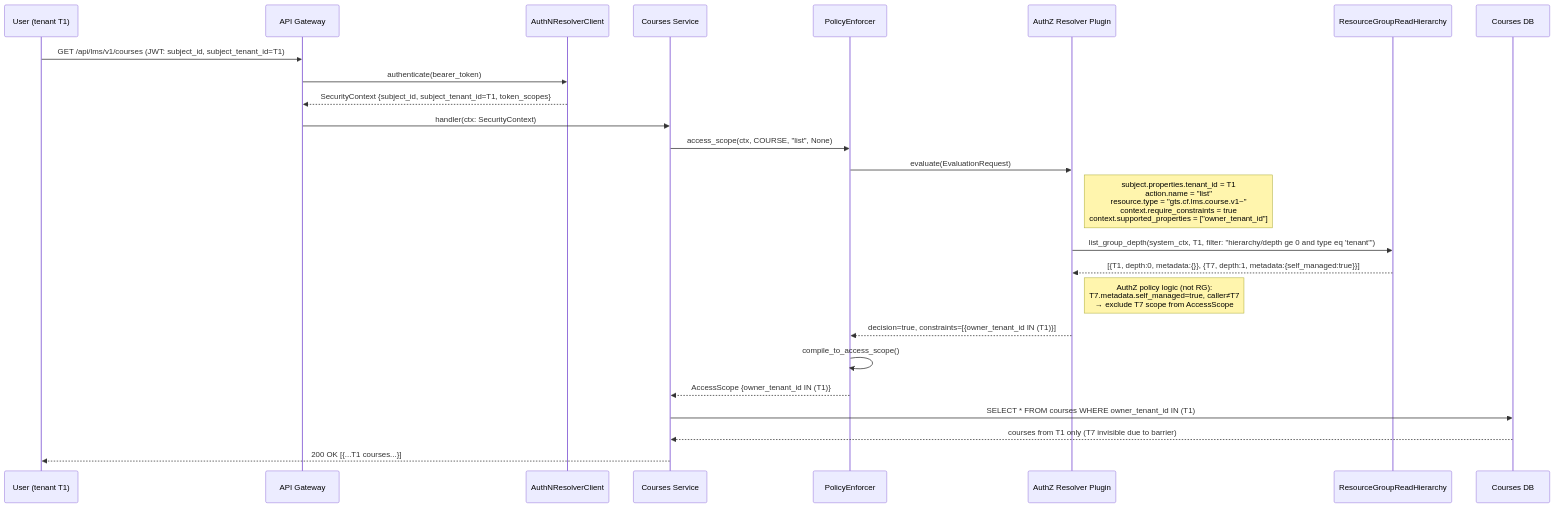
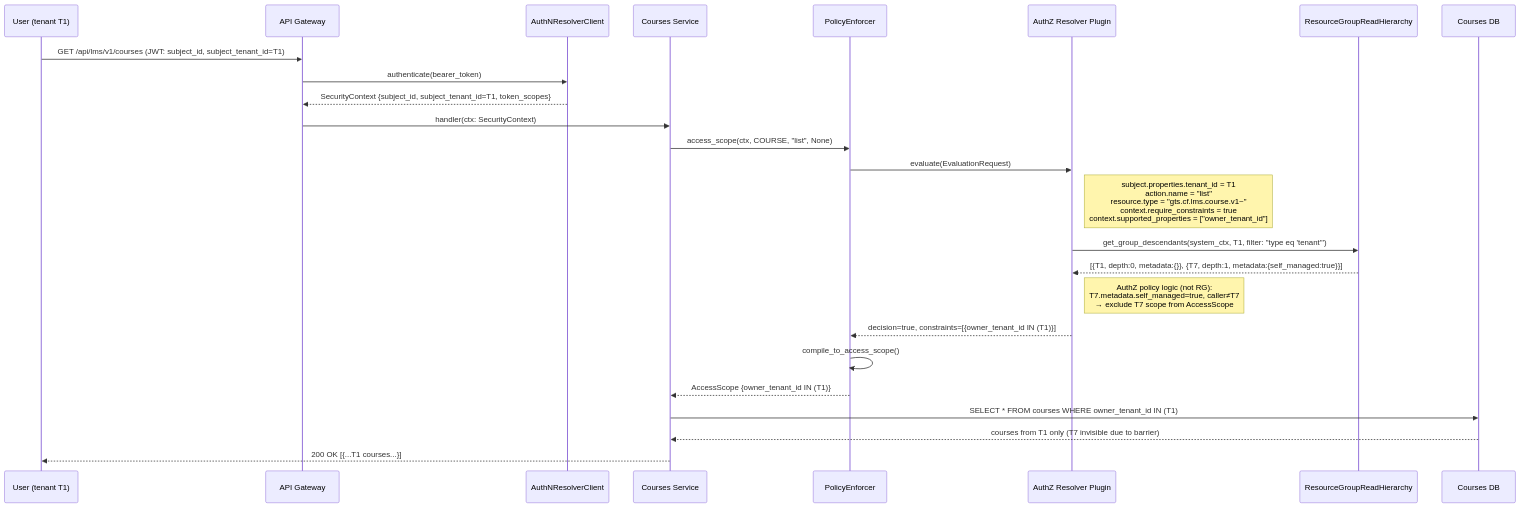
Before and after one commit to ffedoroff/gears-rust: the fifth of 8 diagrams in gears/system/resource-group/docs/DESIGN.md, drawn with Mermaid. The commit also changed other lines of this file and 10 other files, not shown here.

````diff
--- a/gears/system/resource-group/docs/DESIGN.md
+++ b/gears/system/resource-group/docs/DESIGN.md
@@ -812,32 +814,32 @@
 ```mermaid
 sequenceDiagram
     participant U as User (tenant T1)
     participant GW as API Gateway
     participant AN as AuthNResolverClient
     participant CS as Courses Service
     participant PE as PolicyEnforcer
     participant AZ as AuthZ Resolver Plugin
     participant RG as ResourceGroupReadHierarchy
     participant DB as Courses DB
 
     U->>GW: GET /api/lms/v1/courses (JWT: subject_id, subject_tenant_id=T1)
     GW->>AN: authenticate(bearer_token)
     AN-->>GW: SecurityContext {subject_id, subject_tenant_id=T1, token_scopes}
     GW->>CS: handler(ctx: SecurityContext)
 
     CS->>PE: access_scope(ctx, COURSE, "list", None)
     PE->>AZ: evaluate(EvaluationRequest)
     Note right of AZ: subject.properties.tenant_id = T1<br/>action.name = "list"<br/>resource.type = "gts.cf.lms.course.v1~"<br/>context.require_constraints = true<br/>context.supported_properties = ["owner_tenant_id"]
 
-    AZ->>RG: list_group_depth(system_ctx, T1, filter: "hierarchy/depth ge 0 and type eq 'tenant'")
+    AZ->>RG: get_group_descendants(system_ctx, T1, filter: "type eq 'tenant'")
     RG-->>AZ: [{T1, depth:0, metadata:{}}, {T7, depth:1, metadata:{self_managed:true}}]
     Note right of AZ: AuthZ policy logic (not RG):<br/>T7.metadata.self_managed=true, caller≠T7<br/>→ exclude T7 scope from AccessScope
 
     AZ-->>PE: decision=true, constraints=[{owner_tenant_id IN (T1)}]
     PE->>PE: compile_to_access_scope()
     PE-->>CS: AccessScope {owner_tenant_id IN (T1)}
 
     CS->>DB: SELECT * FROM courses WHERE owner_tenant_id IN (T1)
     DB-->>CS: courses from T1 only (T7 invisible due to barrier)
     CS-->>U: 200 OK [{...T1 courses...}]
 ```
````
